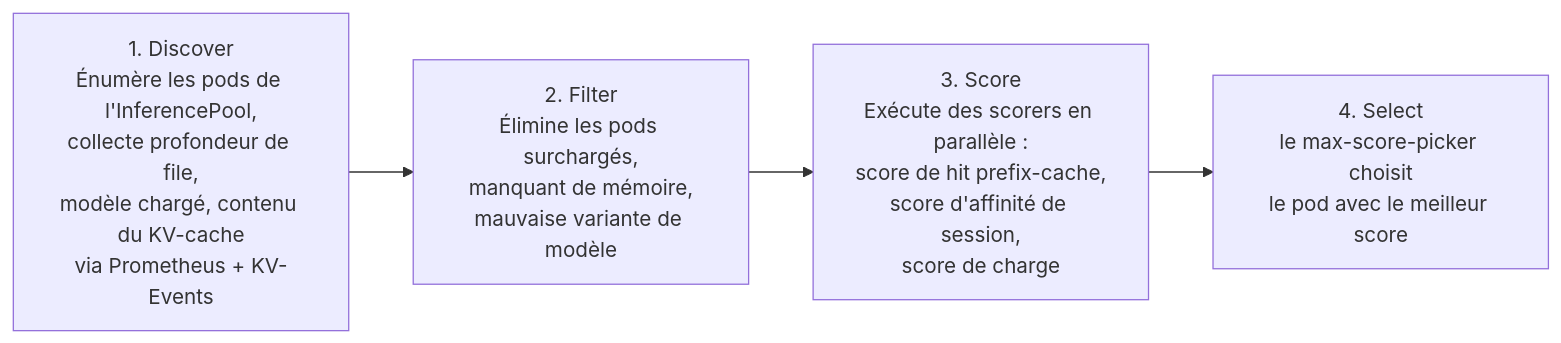
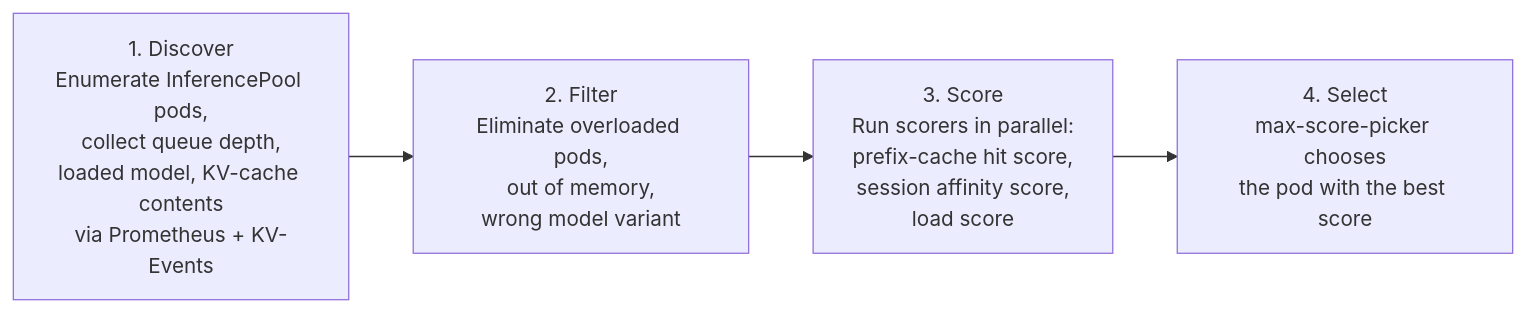
One commit to ADORSYS-GIS/Custom-Ai-Ops changed the fifth of 26 diagrams in docs/explain/llm-d.md. Above: the diagram before and after it, drawn with Mermaid. The commit also changed other lines of this file, not shown here.

````diff
--- a/docs/explain/llm-d.md
+++ b/docs/explain/llm-d.md
@@ -194,6 +194,6 @@
 ```mermaid
 flowchart LR
-    A["1. Discover<br/>Énumère les pods de l'InferencePool,<br/>collecte profondeur de file,<br/>modèle chargé, contenu du KV-cache<br/>via Prometheus + KV-Events"] --> B["2. Filter<br/>Élimine les pods surchargés,<br/>manquant de mémoire,<br/>mauvaise variante de modèle"]
-    B --> C["3. Score<br/>Exécute des scorers en parallèle :<br/>score de hit prefix-cache,<br/>score d'affinité de session,<br/>score de charge"]
-    C --> D["4. Select<br/>le max-score-picker choisit<br/>le pod avec le meilleur score"]
+    A["1. Discover<br/>Enumerate InferencePool pods,<br/>collect queue depth,<br/>loaded model, KV-cache contents<br/>via Prometheus + KV-Events"] --> B["2. Filter<br/>Eliminate overloaded pods,<br/>out of memory,<br/>wrong model variant"]
+    B --> C["3. Score<br/>Run scorers in parallel:<br/>prefix-cache hit score,<br/>session affinity score,<br/>load score"]
+    C --> D["4. Select<br/>max-score-picker chooses<br/>the pod with the best score"]
 ```
````
